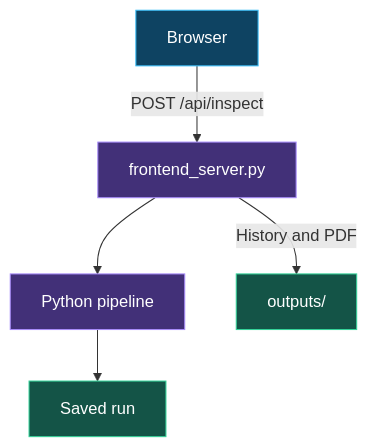
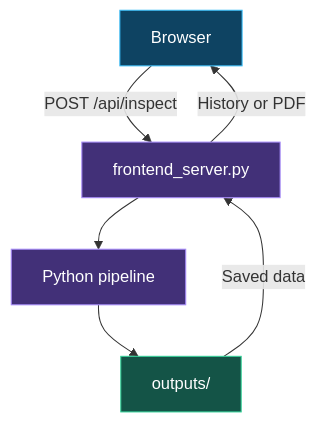
One commit to AhmadElkady/Circuit-Check-AI changed the second of 3 diagrams in README.md. Above: the diagram before and after it, drawn with Mermaid. The commit also changed other lines of this file and 3 other files, not shown here.

````diff
--- a/README.md
+++ b/README.md
@@ -75,13 +93,14 @@
 ```mermaid
 flowchart TD
   B["Browser"] -->|"POST /api/inspect"| S["frontend_server.py"]
   S --> P["Python pipeline"]
-  P --> R["Saved run"]
-  S -->|"History and PDF"| A["outputs/"]
+  P --> O["outputs/"]
+  O -->|"Saved data"| S
+  S -->|"History or PDF"| B
   classDef browser fill:#0e4362,stroke:#38bdf8,color:#ffffff
   classDef server fill:#423078,stroke:#a78bfa,color:#ffffff
   classDef output fill:#145447,stroke:#34d399,color:#ffffff
   class B browser
   class S,P server
-  class R,A output
+  class O output
 ```
````
